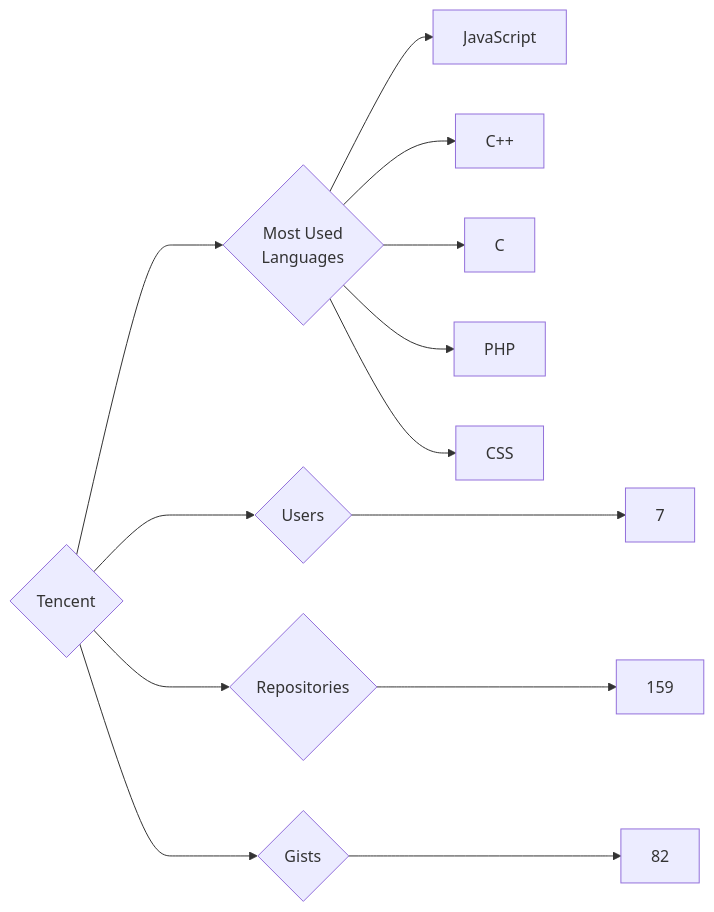
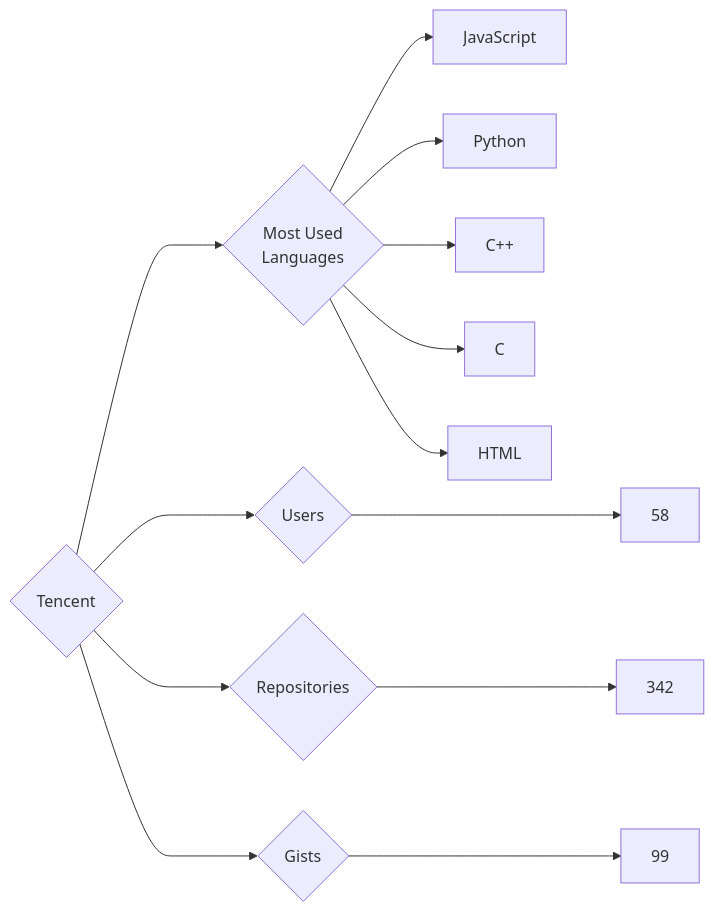
One commit to trickest/insiders changed the diagram in targets/Tencent/README.md. Above: the diagram before and after it, drawn with Mermaid. The commit also changed 728 other files, not shown here.

````diff
--- a/targets/Tencent/README.md
+++ b/targets/Tencent/README.md
@@ -3,13 +3,13 @@
 ```mermaid
 graph LR
 COMPANY_NAME{Tencent}
-COMPANY_NAME ---> U{Users} ---> UN[7]
-COMPANY_NAME ---> R{Repositories} ---> RN[159]
-COMPANY_NAME ---> G{Gists} ---> GN[82]
+COMPANY_NAME ---> U{Users} ---> UN[58]
+COMPANY_NAME ---> R{Repositories} ---> RN[342]
+COMPANY_NAME ---> G{Gists} ---> GN[99]
 COMPANY_NAME ---> ML{Most Used<br>Languages}
 ML --> JavaScript[JavaScript]
+ML --> Python[Python]
 ML --> C++[C++]
 ML --> C[C]
-ML --> PHP[PHP]
-ML --> CSS[CSS]
+ML --> HTML[HTML]
 ```
````
